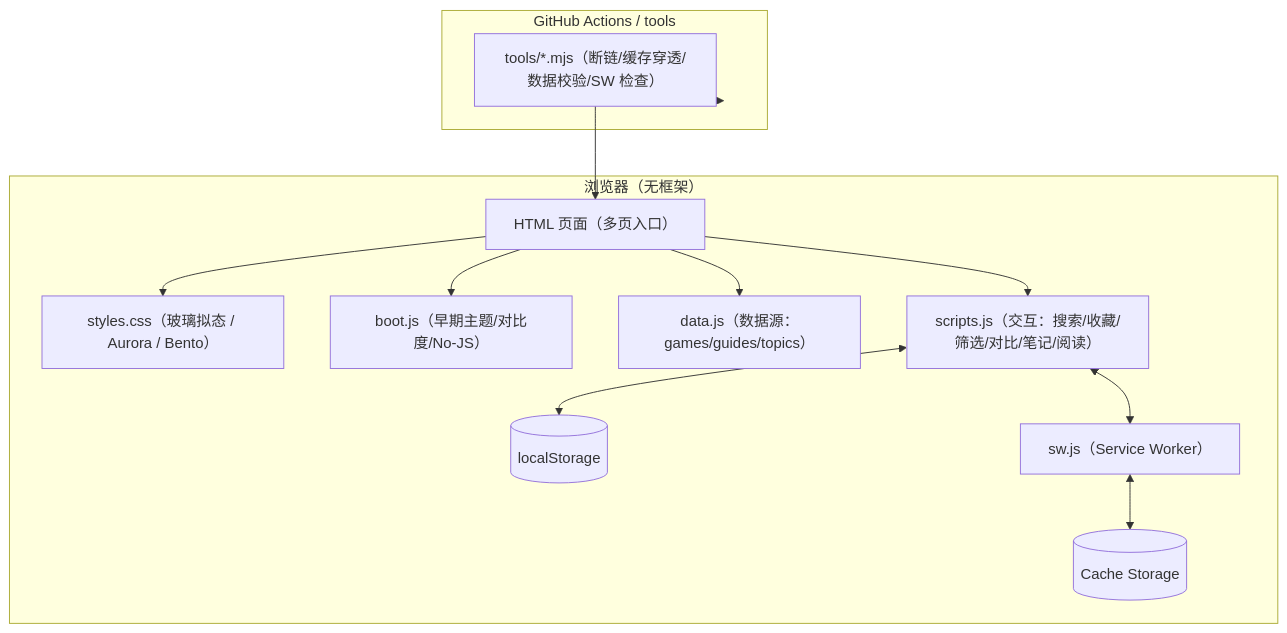
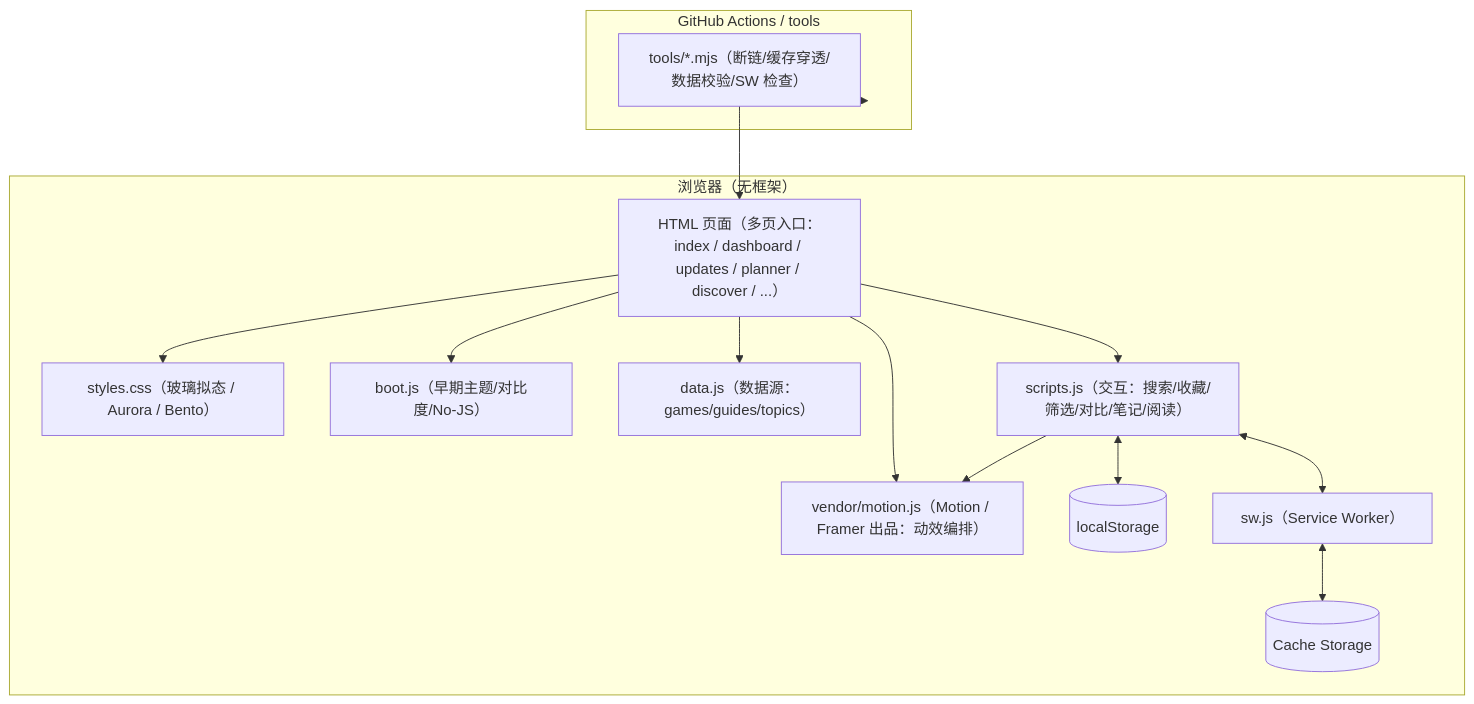
The diagram in README.md (TUR1412/GameKnowledge-Base), drawn with Mermaid before and after one commit. The commit also changed other lines of this file and 35 other files, not shown here.

Commit message:
R3: 视觉与功能裂变（Updates/Planner/Discover + Motion）

````diff
--- a/README.md
+++ b/README.md
@@ -54,29 +72,32 @@
 ```mermaid
 flowchart TB
   subgraph Browser[浏览器（无框架）]
-    H[HTML 页面（多页入口）]
+    H[HTML 页面（多页入口：index / dashboard / updates / planner / discover / ...）]
     CSS[styles.css（玻璃拟态 / Aurora / Bento）]
     Boot[boot.js（早期主题/对比度/No-JS）]
     Data[data.js（数据源：games/guides/topics）]
     App[scripts.js（交互：搜索/收藏/筛选/对比/笔记/阅读）]
+    Motion[vendor/motion.js（Motion / Framer 出品：动效编排）]
     LS[(localStorage)]
     SW[sw.js（Service Worker）]
     Cache[(Cache Storage)]
   end
 
   subgraph CI[GitHub Actions / tools]
     Tools[tools/*.mjs（断链/缓存穿透/数据校验/SW 检查）]
   end
 
   H --> CSS
   H --> Boot
   H --> Data
   H --> App
+  H --> Motion
+  App --> Motion
 
   App <--> LS
   App <--> SW
   SW <--> Cache
 
   CI --> Tools
   Tools --> H
 ```
````
